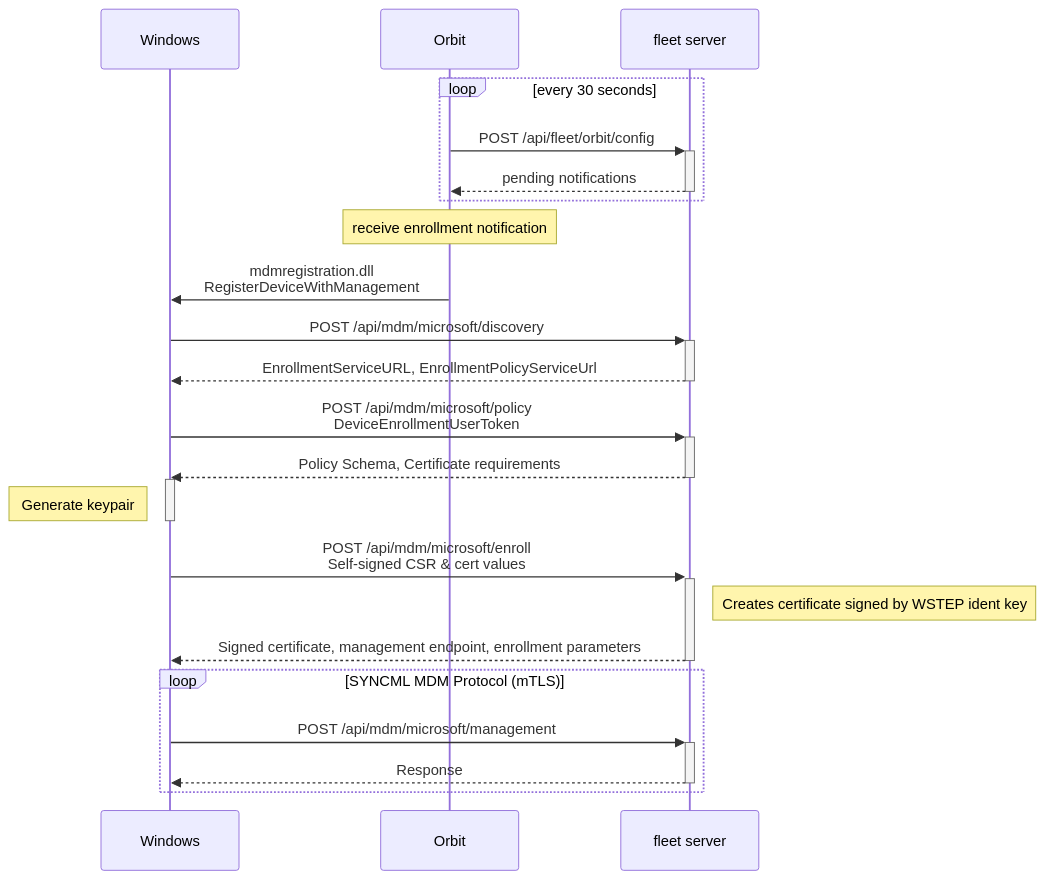
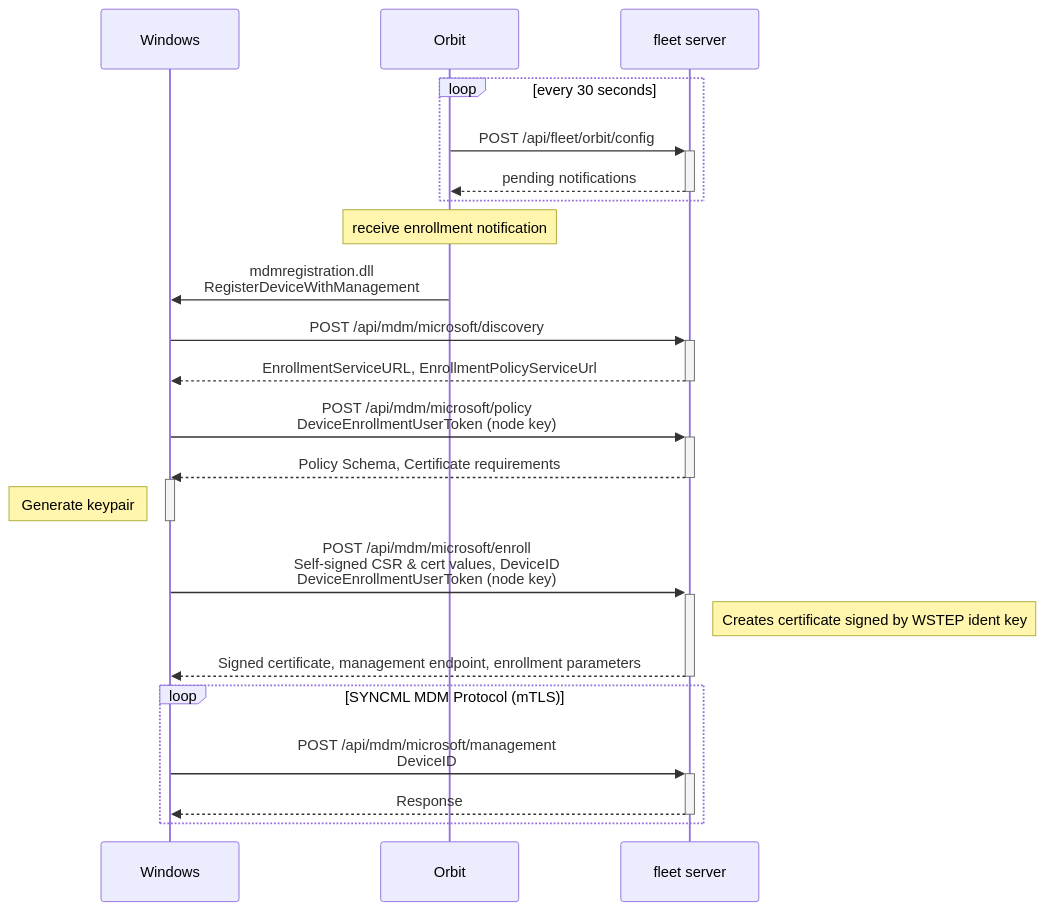
Before and after one commit to fleetdm/fleet: the diagram in docs/Contributing/windows-mdm-glossary-and-protocol.md, drawn with Mermaid.

Commit message:
Add more info about Windows MDM enrollment protocol

````diff
--- a/docs/Contributing/windows-mdm-glossary-and-protocol.md
+++ b/docs/Contributing/windows-mdm-glossary-and-protocol.md
@@ -5,31 +5,31 @@
 ```mermaid
 sequenceDiagram
     participant windows as Windows
     participant orbit as Orbit
     participant server as fleet server
 
     loop every 30 seconds
         orbit->>+server: POST /api/fleet/orbit/config
         server-->>-orbit: pending notifications
     end
 
     note over orbit: receive enrollment notification
     orbit->>windows: mdmregistration.dll<br/>RegisterDeviceWithManagement
 
     windows->>+server: POST /api/mdm/microsoft/discovery
     server-->>-windows: EnrollmentServiceURL, EnrollmentPolicyServiceUrl
 
-    windows->>+server: POST /api/mdm/microsoft/policy<br/>DeviceEnrollmentUserToken
+    windows->>+server: POST /api/mdm/microsoft/policy<br/>DeviceEnrollmentUserToken (node key)
     server-->>-windows: Policy Schema, Certificate requirements
     activate windows
     note left of windows: Generate keypair
     deactivate windows
-    windows->>+server: POST /api/mdm/microsoft/enroll<br/>Self-signed CSR & cert values
+    windows->>+server: POST /api/mdm/microsoft/enroll<br/>Self-signed CSR & cert values, DeviceID<br/>DeviceEnrollmentUserToken (node key)
     note right of server: Creates certificate signed by WSTEP ident key
     server-->>-windows: Signed certificate, management endpoint, enrollment parameters
 
     loop SYNCML MDM Protocol (mTLS)
-        windows->>+server: POST /api/mdm/microsoft/management
+        windows->>+server: POST /api/mdm/microsoft/management<br/>DeviceID
         server-->>-windows: Response
     end
 ```
````
